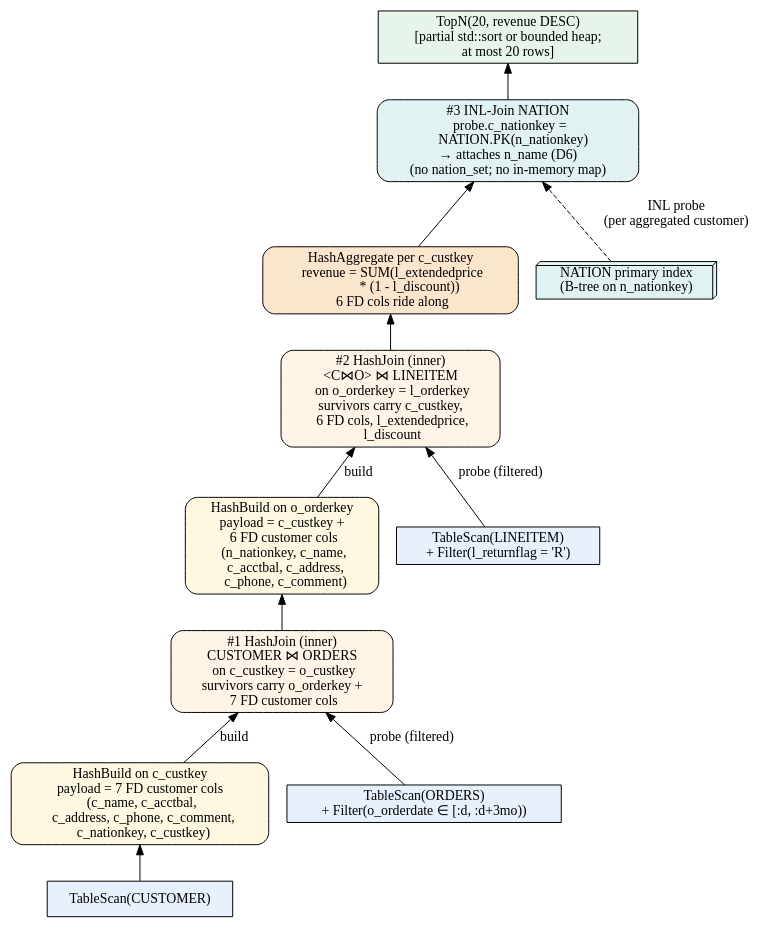
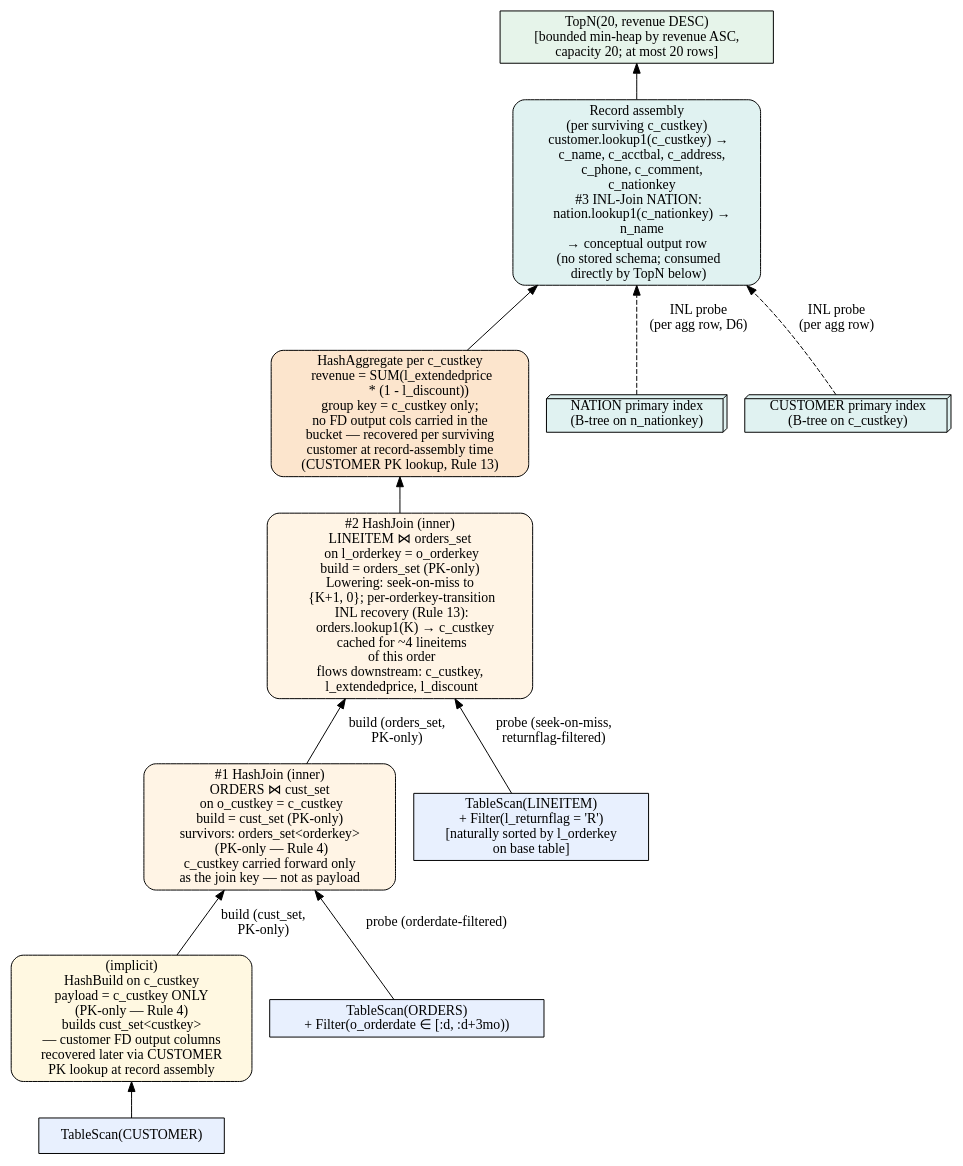
Before and after one commit to alicia-lyu/leanstore: the diagram in frontend/tpch/q10/plans/baseline_s4.dot, drawn with Graphviz. The commit also changed 4 other files, not shown here.

First line of the commit message:
tpch/q10: Phase 0 fixups — PK-only S4 builds + S2-anomaly framing

```diff
--- a/frontend/tpch/q10/plans/baseline_s4.dot
+++ b/frontend/tpch/q10/plans/baseline_s4.dot
@@ -1,88 +1,106 @@
-// Q10 S4 baseline — HashJoin chain over base tables only (no
-// `col.split_*` secondaries; fairness vs S3).
+// Q10 S4 baseline plan — HashJoin chain over base tables, no merged
+// index. The "no co-location" reference point against which S1/S2/S3
+// are compared.
 //
-// Build/probe direction (Decision D5):
+// S4 uses base tables only; no col.split_* secondaries. Fairness vs S3.
 //
-//   1. Build hash on CUSTOMER, keyed by c_custkey. CUSTOMER is the
-//      smallest input (~150K rows at SF=1) and carries the widest
-//      payload (8 output cols + c_nationkey). Built once.
-//   2. Probe with orderdate-filtered ORDERS to produce C⋈O. The
-//      orderdate window (~1/24 of orders for a 3-month range)
-//      drops most rows before they touch the hash table.
-//   3. Build a fresh hash on C⋈O, keyed by o_orderkey. C⋈O is the
-//      narrowed intermediate (~150K customers × ~10 orders × 1/24
-//      window ≈ 60K rows at SF=1).
-//   4. Probe with returnflag-filtered LINEITEM (`l_returnflag='R'`
-//      drops ~75% of lineitems before the probe).
-//   5. HashAggregate per c_custkey: SUM revenue across qualifying
-//      lineitems; the 6 FD-attached customer columns ride along.
-//   6. Per-customer NATION INL on n_nationkey (Decision D6) to
-//      resolve `n_name`.
-//   7. TopN(20, revenue DESC) outside the pipeline.
+// Operator-framing rules used throughout (mirrors q5/baseline_s4.dot):
 //
-// Decision D6 uniformly applies: NATION is NOT built as an
-// in-memory map. The per-customer point lookup on NATION's primary
-// index at emit time is the single shape across all four storage
-// structures.
+//   • "Probe X" and "Build X" are NEVER operator nodes — they are
+//     edge roles into a HashJoin operator. The operator node is the
+//     join; build/probe are labels on its input edges.
+//   • Sorted-then-seek loops are HashJoin lowerings (the build side
+//     is sorted and the probe side is naturally sorted on the join
+//     key, so per-build-row seek into the probe scanner is a physical
+//     implementation of the hash join). Draw them as HashJoin nodes;
+//     mention sorted-seek in a comment.
 //
-// PK-only convention (Rule 4): the CUSTOMER and C⋈O hash builds
-// carry only the payload columns the downstream join consumer
-// actually needs. Specifically the CUSTOMER build carries the
-// 7 output FD columns (c_name, c_acctbal, c_address, c_phone,
-// c_comment, c_nationkey, c_custkey) because the per-customer
-// HashAggregate needs them downstream. (Q10 has no PK-only
-// shortcut here — the output is wide; the build payload is the
-// output minus the SUM.)
+// Filter pushdown (specific fusions for S4):
 //
-// FILTER PUSHDOWN: `o_orderdate ∈ window` is pushed below the
-// ORDERS-side probe; `l_returnflag = 'R'` is pushed below the
-// LINEITEM-side probe. No filter survives to the post-aggregate
-// layer.
+//   • o_orderdate ∈ [:d, :d+3mo)  → fused with TableScan(ORDERS) before
+//                                    ORDERS feeds its probe edge.
+//   • l_returnflag = 'R'          → fused with TableScan(LINEITEM) before
+//                                    LINEITEM feeds its probe edge.
+//
+// PRIMARY-KEY PAYLOAD CONVENTION (CONVENTIONS Rule 4): every hash
+// build carries only the build relation's primary key — no record
+// content. Downstream consumers fetch additional columns via the
+// primary index at record-assembly time (Rule 13). The output row
+// type carrying (c_custkey, revenue, c_name, c_acctbal, c_address,
+// c_phone, c_comment, n_name) is a **conceptual** join output — no
+// dedicated intermediate schema; the columns are assembled per
+// surviving custkey at TopN emit time from CUSTOMER PK + NATION PK
+// lookups.
+//
+// Per-orderkey c_custkey caching during the LINEITEM hash-join's
+// sorted-seek lowering: orders_set carries only o_orderkey (Rule 4),
+// so c_custkey is recovered per orderkey transition via INL on
+// ORDERS PK (Rule 13) and cached for the ~4 lineitems sharing that
+// orderkey.
+//
+// NATION attachment (Decision D6): a per-customer INL on NATION's
+// primary index at record-assembly time, uniformly across S1 / S2 /
+// S3 / S4. No in-memory map.
+//
+// Logical join numbering (Rule 12):
+//   #1 CUSTOMER ⋈ ORDERS   on c_custkey  = o_custkey
+//   #2 ORDERS   ⋈ LINEITEM on o_orderkey = l_orderkey
+//   #3 CUSTOMER ⋈ NATION   on c_nationkey = n_nationkey
+//      — lowered to per-customer INL on NATION PK (Rule 13)
 
 digraph {
   rankdir=BT;
 
-  // ─────────── Stage 1: CUSTOMER build, ORDERS probe ───────────
+  // ─────────── #1 ORDERS ⋈ CUSTOMER on c_custkey = o_custkey ───────────
   s_cust [label="TableScan(CUSTOMER)",
           shape=box, style=filled, fillcolor="#E8F0FE"];
-  hb_c   [label="HashBuild on c_custkey\npayload = 7 FD customer cols\n  (c_name, c_acctbal,\n   c_address, c_phone, c_comment,\n   c_nationkey, c_custkey)",
+  hb_c   [label="(implicit)\nHashBuild on c_custkey\npayload = c_custkey ONLY\n(PK-only — Rule 4)\nbuilds cust_set<custkey>\n— customer FD output columns\nrecovered later via CUSTOMER\nPK lookup at record assembly",
           shape=box, style="filled,rounded", fillcolor="#FFF8E1"];
   s_ord  [label="TableScan(ORDERS)\n+ Filter(o_orderdate ∈ [:d, :d+3mo))",
           shape=box, style=filled, fillcolor="#E8F0FE"];
-  hj_co  [label="#1 HashJoin (inner)\nCUSTOMER ⋈ ORDERS\n  on c_custkey = o_custkey\nsurvivors carry o_orderkey +\n  7 FD customer cols",
+  hj_co  [label="#1 HashJoin (inner)\nORDERS ⋈ cust_set\n  on o_custkey = c_custkey\nbuild = cust_set (PK-only)\nsurvivors: orders_set<orderkey>\n  (PK-only — Rule 4)\nc_custkey carried forward only\nas the join key — not as payload",
           shape=box, style="filled,rounded", fillcolor="#FFF4E5"];
 
   s_cust -> hb_c;
-  hb_c   -> hj_co [label="build"];
-  s_ord  -> hj_co [label="probe (filtered)"];
+  hb_c   -> hj_co [label="build (cust_set,\nPK-only)"];
+  s_ord  -> hj_co [label="probe (orderdate-filtered)"];
 
-  // ─────────── Stage 2: C⋈O build, LINEITEM probe ───────────
-  hb_co [label="HashBuild on o_orderkey\npayload = c_custkey +\n  6 FD customer cols\n  (n_nationkey, c_name,\n   c_acctbal, c_address,\n   c_phone, c_comment)",
-         shape=box, style="filled,rounded", fillcolor="#FFF8E1"];
-  s_lin [label="TableScan(LINEITEM)\n+ Filter(l_returnflag = 'R')",
-         shape=box, style=filled, fillcolor="#E8F0FE"];
-  hj_col [label="#2 HashJoin (inner)\n<C⋈O> ⋈ LINEITEM\n  on o_orderkey = l_orderkey\nsurvivors carry c_custkey,\n  6 FD cols, l_extendedprice,\n  l_discount",
+  // ─────────── #2 LINEITEM ⋈ ORDERS on l_orderkey = o_orderkey ───────────
+  // Probe-side seek-on-miss lowering (CONVENTIONS Rule 3): LINEITEM
+  // is naturally sorted by l_orderkey, so on a miss at orderkey K
+  // we seek to {K+1, 0}. Per-orderkey transition recovers c_custkey
+  // via INL on ORDERS PK (Rule 13), then cached for the ~4 lineitems
+  // sharing that orderkey.
+  s_lin  [label="TableScan(LINEITEM)\n+ Filter(l_returnflag = 'R')\n[naturally sorted by l_orderkey\n on base table]",
+          shape=box, style=filled, fillcolor="#E8F0FE"];
+  hj_lin [label="#2 HashJoin (inner)\nLINEITEM ⋈ orders_set\n  on l_orderkey = o_orderkey\nbuild = orders_set (PK-only)\nLowering: seek-on-miss to\n  {K+1, 0}; per-orderkey-transition\n  INL recovery (Rule 13):\n    orders.lookup1(K) → c_custkey\n  cached for ~4 lineitems\n  of this order\nflows downstream: c_custkey,\n  l_extendedprice, l_discount",
           shape=box, style="filled,rounded", fillcolor="#FFF4E5"];
 
-  hj_co -> hb_co;
-  hb_co -> hj_col [label="build"];
-  s_lin -> hj_col [label="probe (filtered)"];
+  hj_co -> hj_lin [label="build (orders_set,\nPK-only)"];
+  s_lin -> hj_lin [label="probe (seek-on-miss,\nreturnflag-filtered)"];
 
-  // ─────────── Aggregate + NATION INL + TopN ───────────
-  agg [label="HashAggregate per c_custkey\n  revenue = SUM(l_extendedprice\n            * (1 - l_discount))\n  6 FD cols ride along",
+  // ─────────── Per-customer aggregate (group key only — FD cols
+  //              recovered at record assembly) ───────────
+  agg [label="HashAggregate per c_custkey\n  revenue = SUM(l_extendedprice\n            * (1 - l_discount))\ngroup key = c_custkey only;\nno FD output cols carried in the\nbucket — recovered per surviving\ncustomer at record-assembly time\n(CUSTOMER PK lookup, Rule 13)",
        shape=box, style="filled,rounded", fillcolor="#FCE5CD"];
 
-  nat [label="NATION primary index\n(B-tree on n_nationkey)",
-       shape=box3d, style=filled, fillcolor="#E0F2F1"];
-  inl_n [label="#3 INL-Join NATION\n  probe.c_nationkey =\n    NATION.PK(n_nationkey)\n→ attaches n_name (D6)\n(no nation_set; no in-memory map)",
+  // ─────────── NATION attachment + record assembly (D6) ───────────
+  // Output row is conceptual: c_custkey + revenue from the aggregate,
+  // 6 FD cols from CUSTOMER PK lookup, n_name from NATION PK lookup.
+  // No dedicated intermediate schema.
+  nat   [label="NATION primary index\n(B-tree on n_nationkey)",
+         shape=box3d, style=filled, fillcolor="#E0F2F1"];
+  cust2 [label="CUSTOMER primary index\n(B-tree on c_custkey)",
+         shape=box3d, style=filled, fillcolor="#E0F2F1"];
+  asm_n [label="Record assembly\n(per surviving c_custkey)\n  customer.lookup1(c_custkey) →\n    c_name, c_acctbal, c_address,\n    c_phone, c_comment,\n    c_nationkey\n  #3 INL-Join NATION:\n    nation.lookup1(c_nationkey) →\n    n_name\n→ conceptual output row\n  (no stored schema; consumed\n  directly by TopN below)",
          shape=box, style="filled,rounded", fillcolor="#E0F2F1"];
 
-  topn [label="TopN(20, revenue DESC)\n[partial std::sort or bounded heap;\n at most 20 rows]",
+  topn [label="TopN(20, revenue DESC)\n[bounded min-heap by revenue ASC,\n capacity 20; at most 20 rows]",
         shape=box, style=filled, fillcolor="#E6F4EA"];
 
-  hj_col -> agg;
-  agg    -> inl_n;
-  nat    -> inl_n [style=dashed, label="INL probe\n(per aggregated customer)"];
-  inl_n  -> topn;
-
+  hj_lin -> agg;
+  agg    -> asm_n;
+  cust2  -> asm_n [style=dashed, label="INL probe\n(per agg row)"];
+  nat    -> asm_n [style=dashed, label="INL probe\n(per agg row, D6)"];
+  asm_n  -> topn;
 }
```
